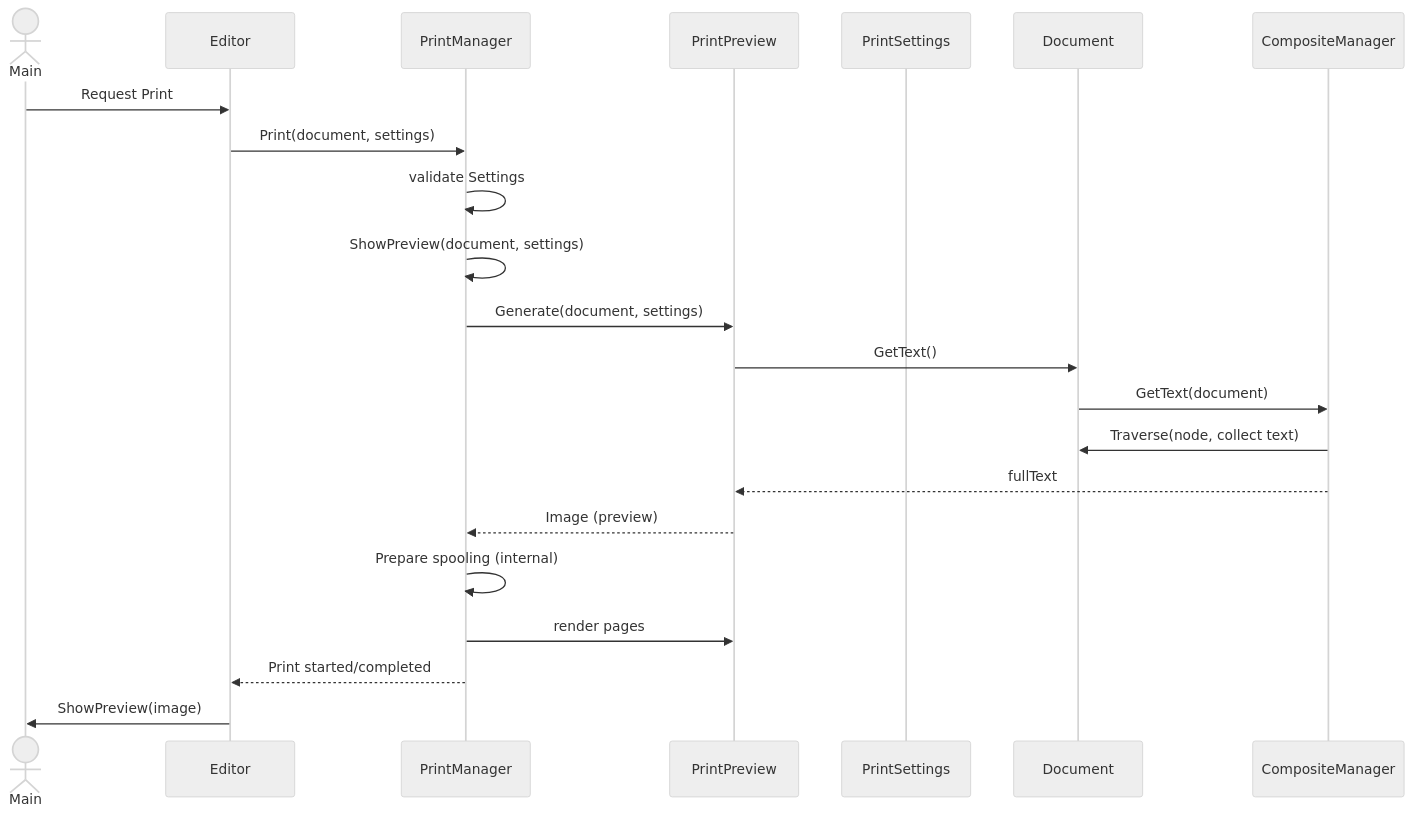
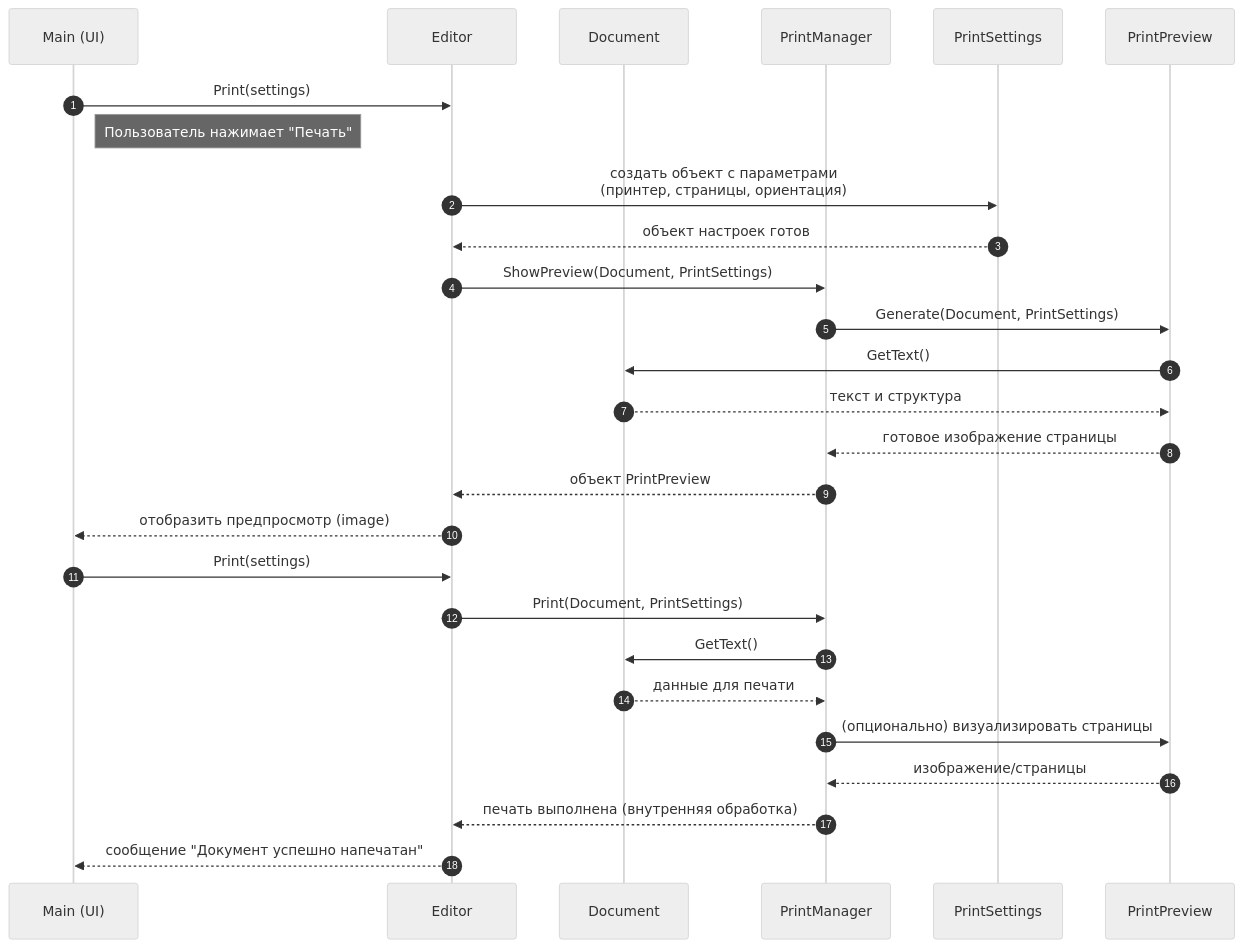
Before and after one commit to penamarth/bsbo-03-23_team6_var11_textedit: the diagram in Документация/Сценарии использования/03-Печать документа/Диаграмма последовательности Печать.md, drawn with Mermaid (neutral theme).

Commit message:
Update Диаграмма последовательности Печать.md

````diff
--- a/Документация/Сценарии использования/03-Печать документа/Диаграмма последовательности Печать.md
+++ b/Документация/Сценарии использования/03-Печать документа/Диаграмма последовательности Печать.md
@@ -2,32 +2,39 @@
 ```mermaid
 sequenceDiagram
-    actor Main
-    participant Editor
-    participant PrintManager
-    participant PrintPreview
-    participant PrintSettings
-    participant Document
-    participant CompositeManager
+    autonumber
+    participant Main as Main (UI)
+    participant Editor as Editor
+    participant Document as Document
+    participant PrintManager as PrintManager
+    participant PrintSettings as PrintSettings
+    participant PrintPreview as PrintPreview
 
-    Main->>Editor: Request Print
-    Editor->>PrintManager: Print(document, settings)
+   
+    Main->>Editor: Print(settings)
+    Note right of Main: Пользователь нажимает "Печать"
 
-    PrintManager->>PrintManager: validate Settings
-    PrintManager->>PrintManager: ShowPreview(document, settings)
+    Editor->>PrintSettings: создать объект с параметрами<br/>(принтер, страницы, ориентация)
+    PrintSettings-->>Editor: объект настроек готов
 
-    PrintManager->>PrintPreview: Generate(document, settings)
+   
+    Editor->>PrintManager: ShowPreview(Document, PrintSettings)
+    PrintManager->>PrintPreview: Generate(Document, PrintSettings)
     PrintPreview->>Document: GetText()
-    Document->>CompositeManager: GetText(document)
-    CompositeManager->>Document: Traverse(node, collect text)
-    CompositeManager-->>PrintPreview: fullText
+    Document-->>PrintPreview: текст и структура
+    PrintPreview-->>PrintManager: готовое изображение страницы
+    PrintManager-->>Editor: объект PrintPreview
+    Editor-->>Main: отобразить предпросмотр (image)
 
-    PrintPreview-->>PrintManager: Image (preview)
-    PrintManager->>PrintManager: Prepare spooling (internal)
-    PrintManager->>PrintPreview: render pages
-    PrintManager-->>Editor: Print started/completed
-
-    Editor->>Main: ShowPreview(image)
+   
+    Main->>Editor: Print(settings)
+    Editor->>PrintManager: Print(Document, PrintSettings)
+    PrintManager->>Document: GetText()
+    Document-->>PrintManager: данные для печати
+    PrintManager->>PrintPreview: (опционально) визуализировать страницы
+    PrintPreview-->>PrintManager: изображение/страницы
+    PrintManager-->>Editor: печать выполнена (внутренняя обработка)
+    Editor-->>Main: сообщение "Документ успешно напечатан"
 
 
 
 ```
````
